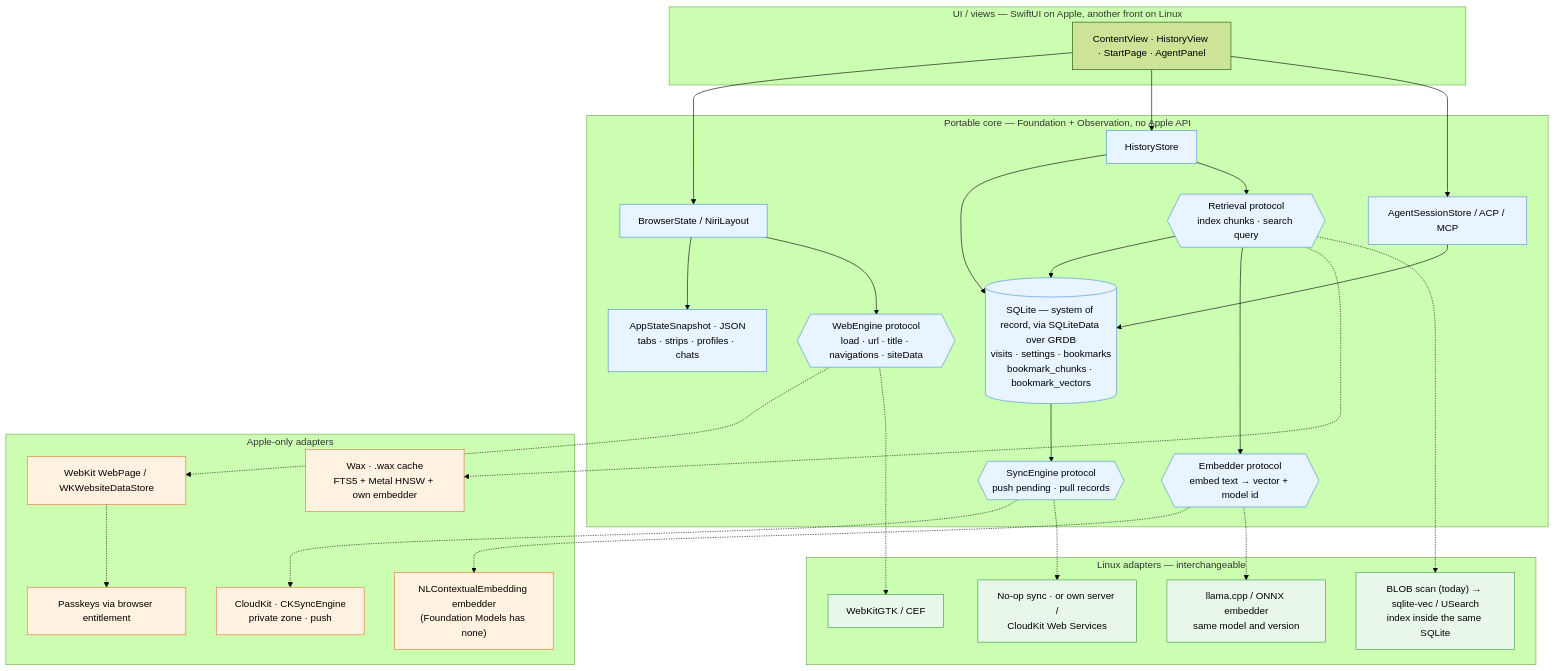
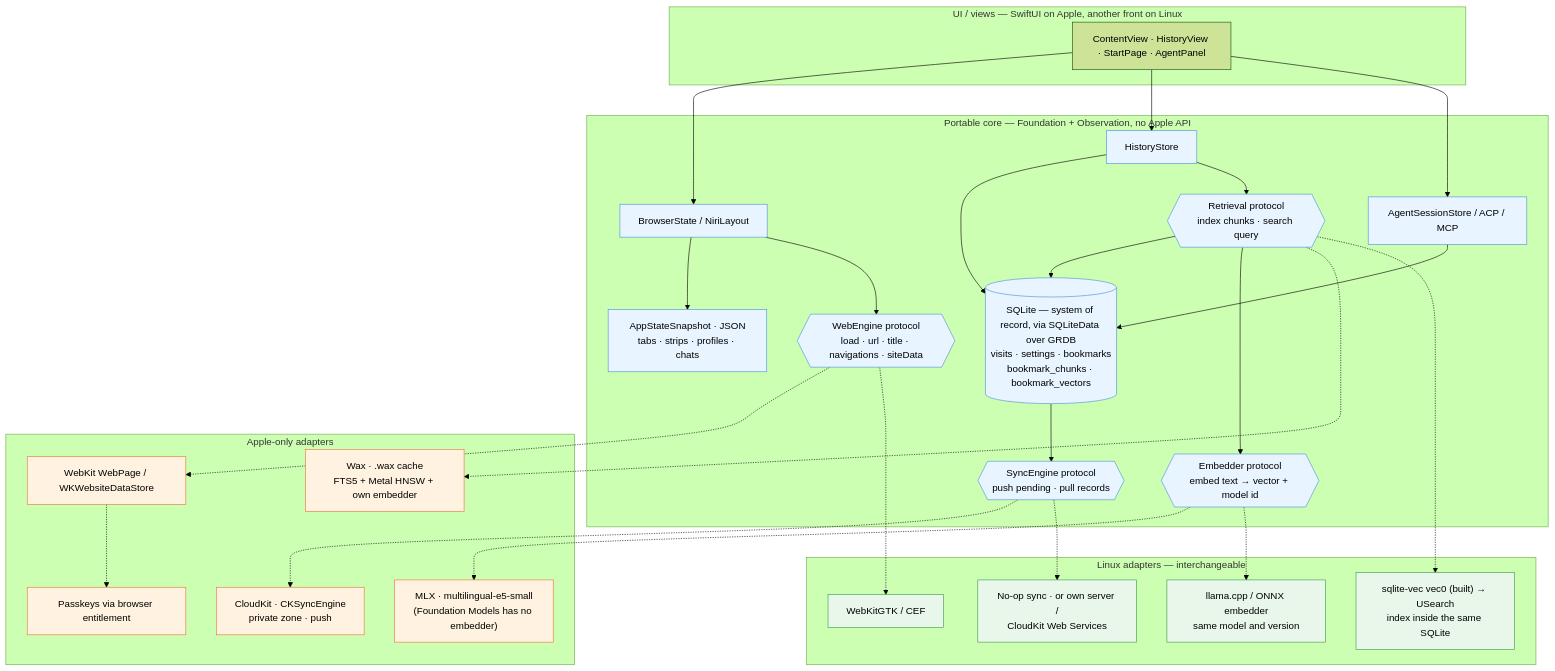
Before and after one commit to artipop/six: the diagram in docs/storage.md, drawn with Mermaid (forest theme). The commit also changed other lines of this file and 13 other files, not shown here.

````diff
--- a/docs/storage.md
+++ b/docs/storage.md
@@ -7,75 +7,75 @@
 ```mermaid
 flowchart TB
     subgraph UI["UI / views — SwiftUI on Apple, another front on Linux"]
         Views["ContentView · HistoryView · StartPage · AgentPanel"]
     end
 
     subgraph Core["Portable core — Foundation + Observation, no Apple API"]
         BS["BrowserState / NiriLayout"]
         HS["HistoryStore"]
         AS["AgentSessionStore / ACP / MCP"]
         Snap["AppStateSnapshot · JSON
 tabs · strips · profiles · chats"]
         DB[("SQLite — system of record, via SQLiteData over GRDB
 visits · settings · bookmarks
 bookmark_chunks · bookmark_vectors")]
         RET{{"Retrieval protocol
 index chunks · search query"}}
         EMB{{"Embedder protocol
 embed text → vector + model id"}}
         SYNC{{"SyncEngine protocol
 push pending · pull records"}}
         WEB{{"WebEngine protocol
 load · url · title · navigations · siteData"}}
     end
 
     subgraph Apple["Apple-only adapters"]
         WK["WebKit WebPage / WKWebsiteDataStore"]
-        FM["NLContextualEmbedding embedder
-(Foundation Models has none)"]
+        FM["MLX · multilingual-e5-small
+(Foundation Models has no embedder)"]
         WAX["Wax · .wax cache
 FTS5 + Metal HNSW + own embedder"]
         CK["CloudKit · CKSyncEngine
 private zone · push"]
         PK["Passkeys via browser entitlement"]
     end
 
     subgraph Linux["Linux adapters — interchangeable"]
         WKGTK["WebKitGTK / CEF"]
         LEMB["llama.cpp / ONNX embedder
 same model and version"]
-        VEC["BLOB scan (today) → sqlite-vec / USearch
+        VEC["sqlite-vec vec0 (built) → USearch
 index inside the same SQLite"]
         NOSYNC["No-op sync · or own server /
 CloudKit Web Services"]
     end
 
     Views --> BS
     Views --> HS
     Views --> AS
     BS --> Snap
     BS --> WEB
     HS --> DB
     AS --> DB
     HS --> RET
     RET --> DB
     RET --> EMB
     DB --> SYNC
 
     WEB -.-> WK
     WEB -.-> WKGTK
     EMB -.-> FM
     EMB -.-> LEMB
     RET -.-> WAX
     RET -.-> VEC
     SYNC -.-> CK
     SYNC -.-> NOSYNC
     WK -.-> PK
 
     classDef port fill:#e8f4ff,stroke:#4a90d9
     classDef apple fill:#fff2e0,stroke:#e8743b
     classDef linux fill:#e9f7ea,stroke:#3a9a4a
     class Snap,DB,RET,EMB,SYNC,WEB,BS,HS,AS port
     class WK,FM,WAX,CK,PK apple
     class WKGTK,LEMB,VEC,NOSYNC linux
 ```
````
